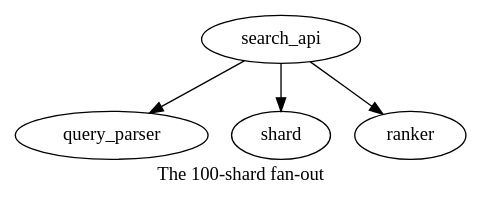
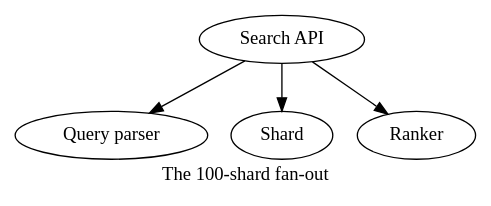
One commit to bayneri/nines changed the diagram in scenarios/search.dot. Above: the diagram before and after it, drawn with Graphviz. The commit also changed 25 other files, not shown here.

First line of the commit message:
Revamp the UI: Learn and Model modes, card graph, results pane

```diff
--- a/scenarios/search.dot
+++ b/scenarios/search.dot
@@ -1,10 +1,15 @@
 // Every search request queries all 100 shards. A shard that is fine on its
 // own dominates the request once you multiply by 100: most requests touch
 // at least one shard's tail.
 digraph search {
     graph [entry=search_api, label="The 100-shard fan-out"];
 
     search_api -> query_parser [stage=0, timeout_ms=50];
     search_api -> shard        [stage=1, fanout=100, timeout_ms=300];
     search_api -> ranker       [stage=2, timeout_ms=100];
+
+    search_api [icon=web, label="Search API"];
+    query_parser [label="Query parser"];
+    shard [icon=database, label="Shard"];
+    ranker [label="Ranker"];
 }
```
